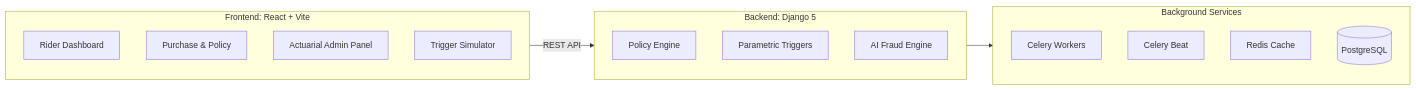
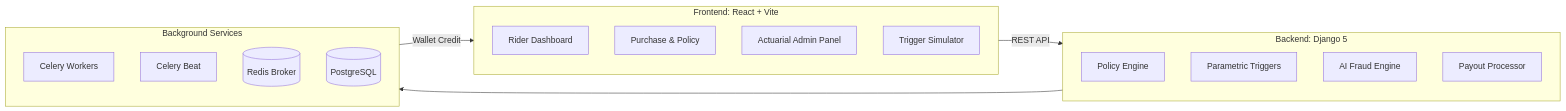
The diagram in README.md (knarendrakumar187/gigshield), drawn with Mermaid before and after one commit. The commit also changed other lines of this file, not shown here.

````diff
--- a/README.md
+++ b/README.md
@@ -58,23 +51,25 @@
 ```mermaid
 flowchart LR
   subgraph Client [Frontend: React + Vite]
     WD[Rider Dashboard]
     PP[Purchase & Policy]
     AD[Actuarial Admin Panel]
     TS[Trigger Simulator]
   end
   subgraph Core [Backend: Django 5]
     PE[Policy Engine]
     PT[Parametric Triggers]
     FE[AI Fraud Engine]
+    PY[Payout Processor]
   end
   subgraph Async [Background Services]
     CW[Celery Workers]
     CB[Celery Beat]
-    RD[Redis Cache]
+    RD[(Redis Broker)]
     DB[(PostgreSQL)]
   end
-  
+
   Client -->|REST API| Core
   Core --> Async
+  Async -->|Wallet Credit| Client
 ```
````
